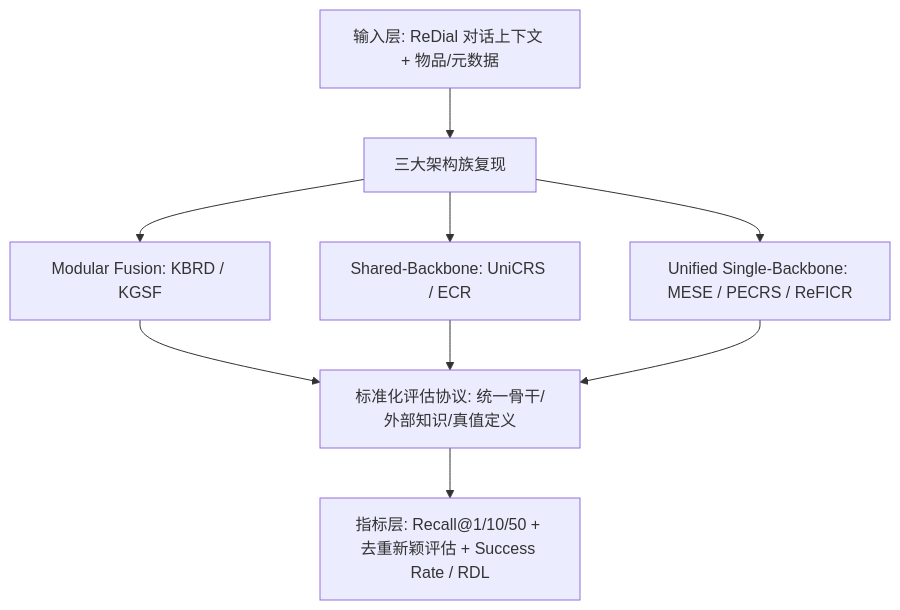
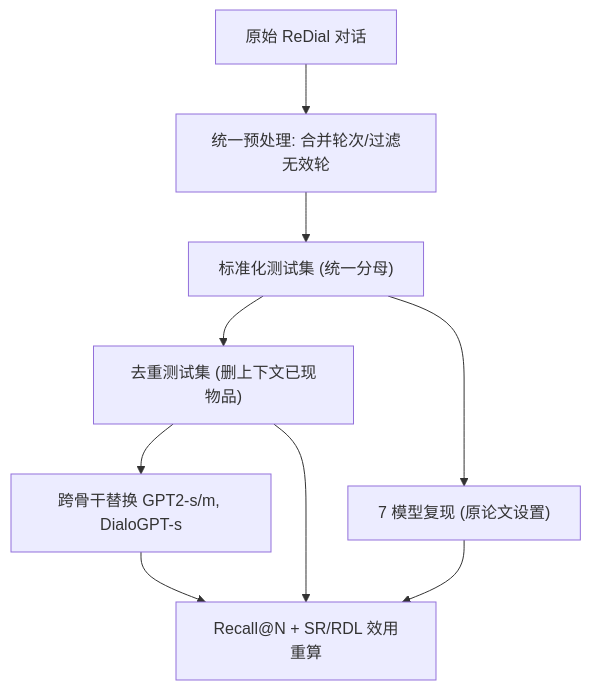
Before and after one commit to jbdcia321vw/Paper-Notes: the diagram in docs/venues/SIGIR/2026/agent_conversational_rec/a_standardized_re_evaluation_of_conversational_recommender_systems_on_the_r.md, drawn with Mermaid. The commit also changed other lines of this file and 1119 other files, not shown here.

````diff
--- a/docs/venues/SIGIR/2026/agent_conversational_rec/a_standardized_re_evaluation_of_conversational_recommender_systems_on_the_r.md
+++ b/docs/venues/SIGIR/2026/agent_conversational_rec/a_standardized_re_evaluation_of_conversational_recommender_systems_on_the_r.md
@@ -57,11 +48,11 @@
 ```mermaid
 flowchart TD
-    A["输入层: ReDial 对话上下文 + 物品/元数据"] --> B["三大架构族复现"]
-    B --> B1["Modular Fusion: KBRD / KGSF"]
-    B --> B2["Shared-Backbone: UniCRS / ECR"]
-    B --> B3["Unified Single-Backbone: MESE / PECRS / ReFICR"]
-    B1 --> C["标准化评估协议: 统一骨干/外部知识/真值定义"]
-    B2 --> C
-    B3 --> C
-    C --> D["指标层: Recall@1/10/50 + 去重新颖评估 + Success Rate / RDL"]
+    A["原始 ReDial 对话"] --> B["统一预处理: 合并轮次/过滤无效轮"]
+    B --> C["标准化测试集 (统一分母)"]
+    C --> D["去重测试集 (删上下文已现物品)"]
+    C --> E["7 模型复现 (原论文设置)"]
+    D --> F["跨骨干替换 GPT2-s/m, DialoGPT-s"]
+    D --> G["Recall@N + SR/RDL 效用重算"]
+    E --> G
+    F --> G
 ```
````
